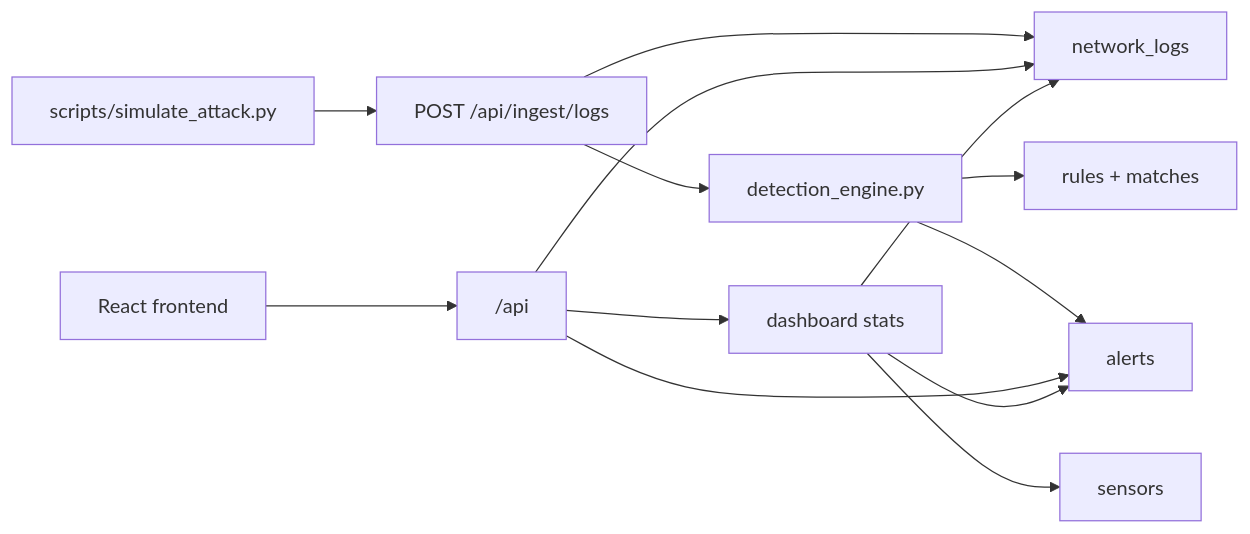
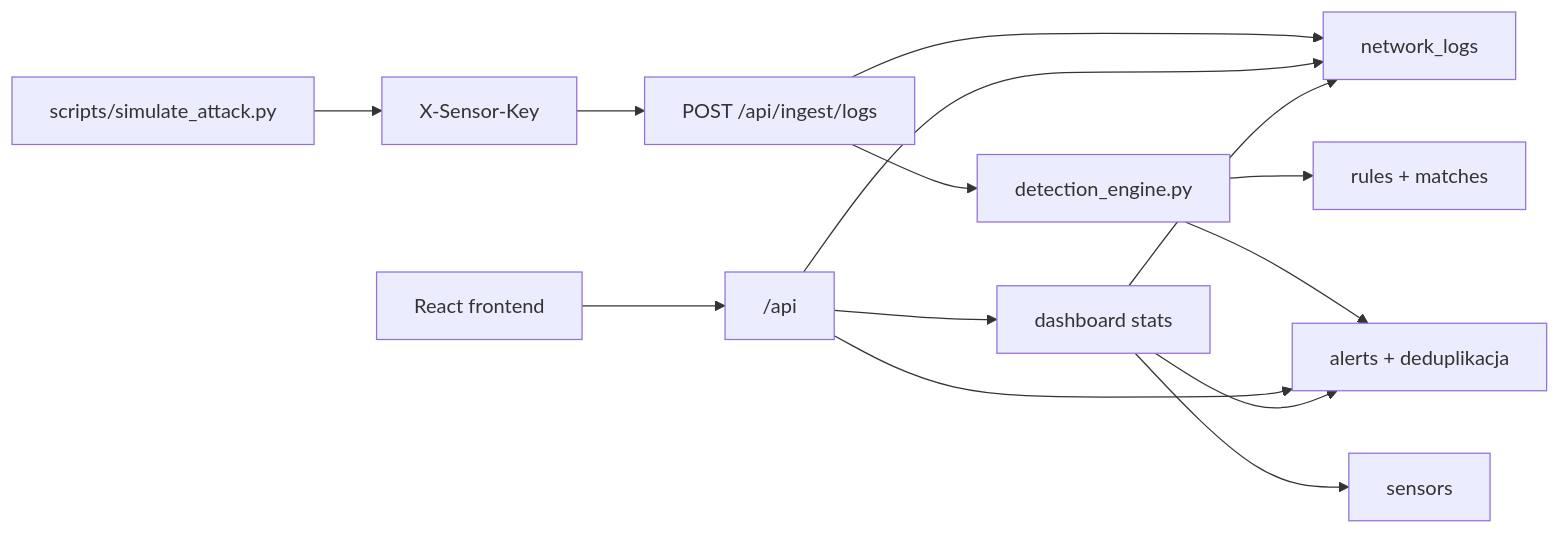
The diagram in docs/architektura.md (Taidio1/FirstToWin), drawn with Mermaid before and after one commit. The commit also changed other lines of this file and 27 other files, not shown here.

````diff
--- a/docs/architektura.md
+++ b/docs/architektura.md
@@ -5,15 +5,16 @@
 ```mermaid
 flowchart LR
-    Simulator["scripts/simulate_attack.py"] --> Ingest["POST /api/ingest/logs"]
+    Simulator["scripts/simulate_attack.py"] --> Auth["X-Sensor-Key"]
+    Auth --> Ingest["POST /api/ingest/logs"]
     Ingest --> Logs["network_logs"]
     Ingest --> Detection["detection_engine.py"]
     Detection --> Rules["rules + matches"]
-    Detection --> Alerts["alerts"]
+    Detection --> Alerts["alerts + deduplikacja"]
     Frontend["React frontend"] --> API["/api"]
     API --> Alerts
     API --> Logs
     API --> Dashboard["dashboard stats"]
     Dashboard --> Alerts
     Dashboard --> Logs
     Dashboard --> Sensors["sensors"]
 ```
````
